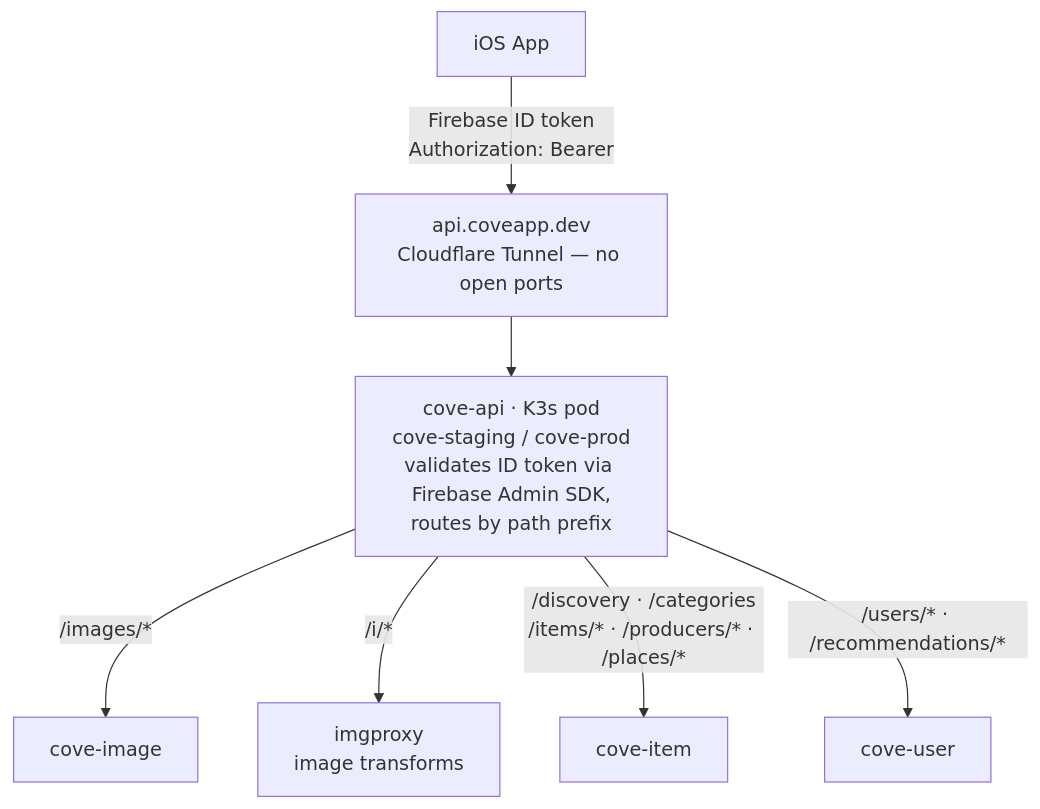
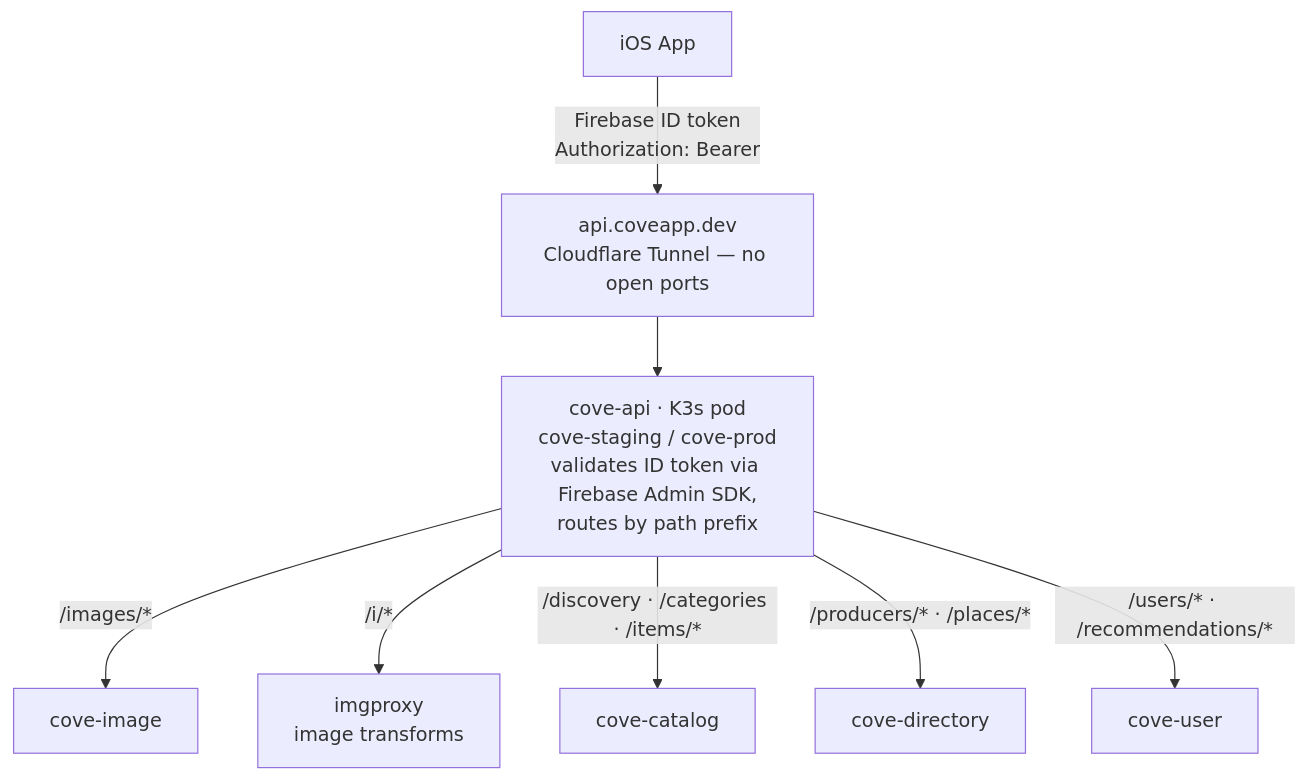
One commit to danicajiao/cove changed the diagram in docs/BACKEND_INFRASTRUCTURE.md. Above: the diagram before and after it, drawn with Mermaid. The commit also changed other lines of this file and 75 other files, not shown here.

First line of the commit message:
Split cove-item into cove-catalog and cove-directory

````diff
--- a/docs/BACKEND_INFRASTRUCTURE.md
+++ b/docs/BACKEND_INFRASTRUCTURE.md
@@ -23,10 +23,11 @@
 ```mermaid
 flowchart TD
     iOS["iOS App"]
     iOS -->|"Firebase ID token<br/>Authorization: Bearer"| CF["api.coveapp.dev<br/>Cloudflare Tunnel — no open ports"]
     CF --> API["cove-api · K3s pod<br/>cove-staging / cove-prod<br/>validates ID token via Firebase Admin SDK,<br/>routes by path prefix"]
     API -->|"/images/*"| IMG["cove-image"]
     API -->|"/i/*"| IMGPROXY["imgproxy<br/>image transforms"]
-    API -->|"/discovery · /categories<br/>/items/* · /producers/* · /places/*"| ITEM["cove-item"]
+    API -->|"/discovery · /categories · /items/*"| CATALOG["cove-catalog"]
+    API -->|"/producers/* · /places/*"| DIRECTORY["cove-directory"]
     API -->|"/users/* · /recommendations/*"| USER["cove-user"]
 ```
````
